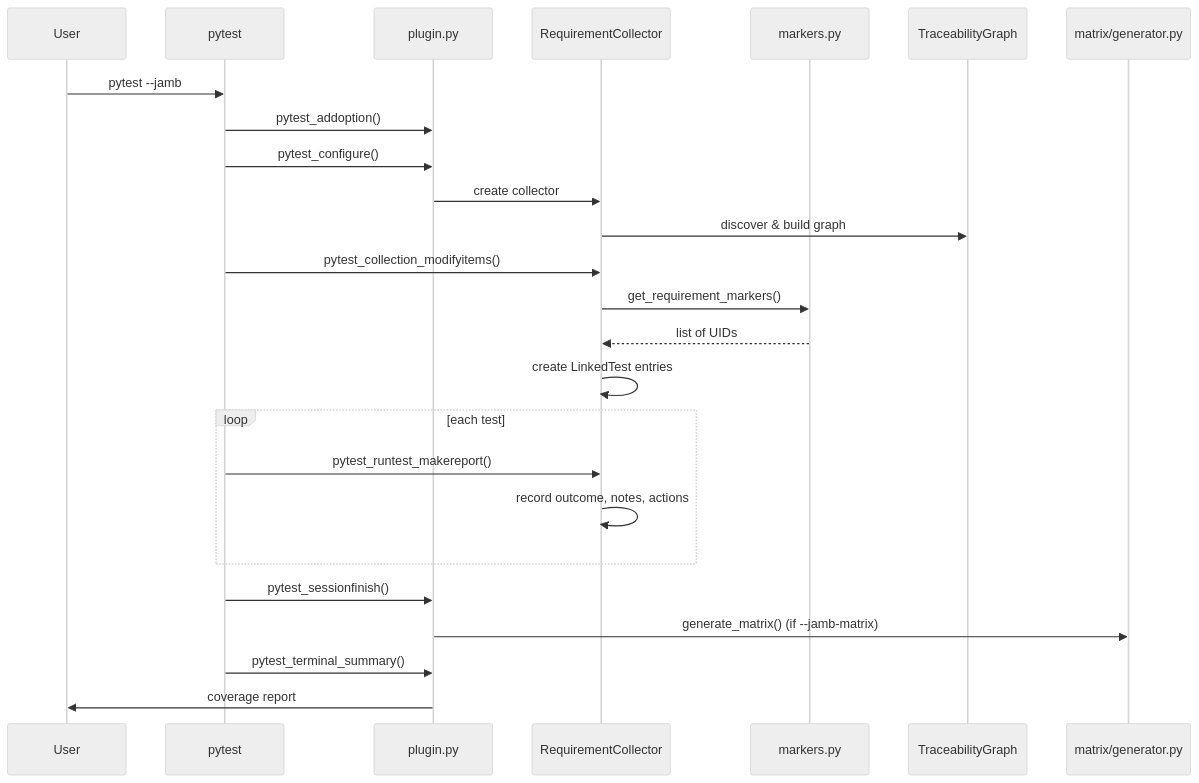
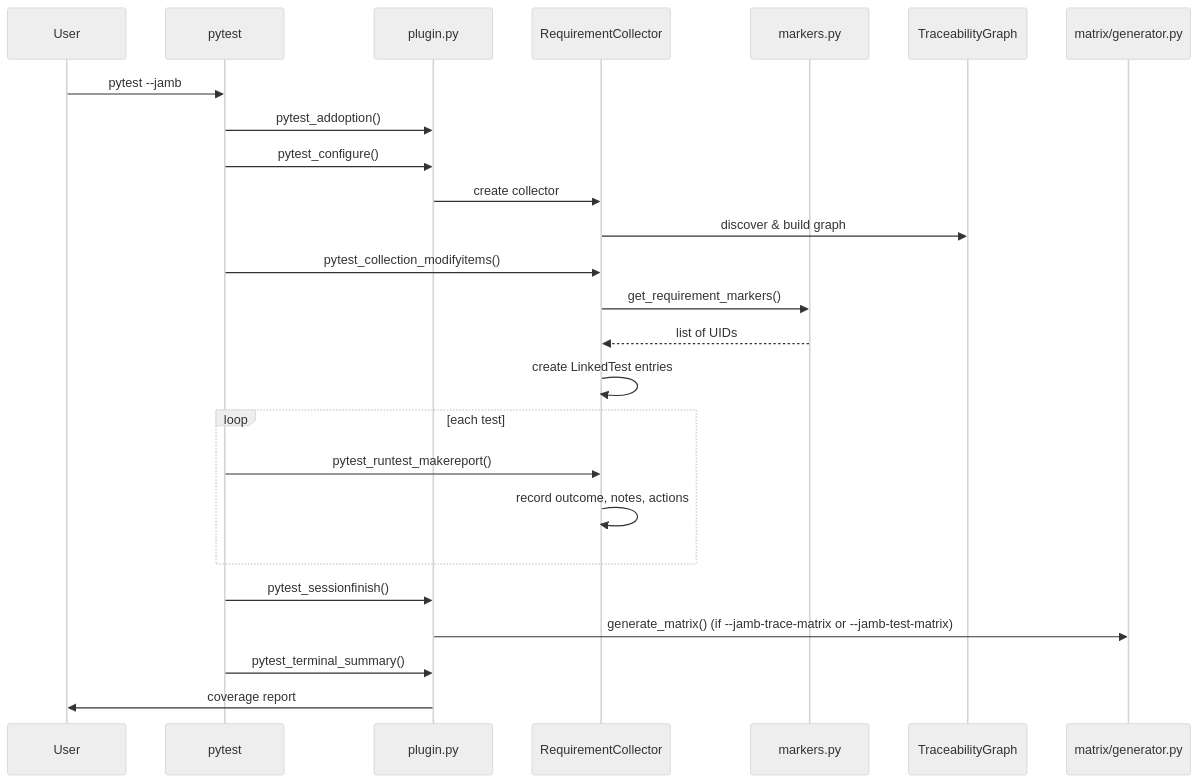
The fourth of 5 diagrams in docs/user-guide/design.md (vanandrew/jamb), drawn with Mermaid (neutral theme) before and after one commit. The commit also changed other lines of this file and 23 other files, not shown here.

````diff
--- a/docs/user-guide/design.md
+++ b/docs/user-guide/design.md
@@ -91,28 +91,28 @@
 ```{mermaid}
 sequenceDiagram
     participant U as User
     participant P as pytest
     participant Pl as plugin.py
     participant C as RequirementCollector
     participant M as markers.py
     participant G as TraceabilityGraph
     participant Mx as matrix/generator.py
 
     U->>P: pytest --jamb
     P->>Pl: pytest_addoption()
     P->>Pl: pytest_configure()
     Pl->>C: create collector
     C->>G: discover & build graph
     P->>C: pytest_collection_modifyitems()
     C->>M: get_requirement_markers()
     M-->>C: list of UIDs
     C->>C: create LinkedTest entries
     loop each test
         P->>C: pytest_runtest_makereport()
         C->>C: record outcome, notes, actions
     end
     P->>Pl: pytest_sessionfinish()
-    Pl->>Mx: generate_matrix() (if --jamb-matrix)
+    Pl->>Mx: generate_matrix() (if --jamb-trace-matrix or --jamb-test-matrix)
     P->>Pl: pytest_terminal_summary()
     Pl->>U: coverage report
 ```
````
